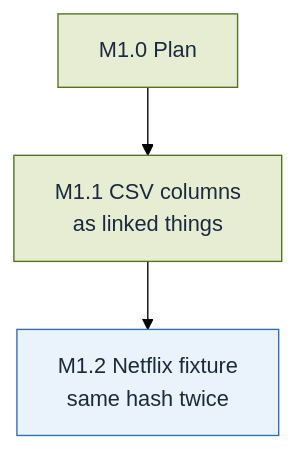
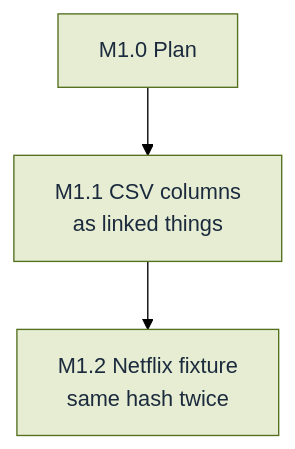
The diagram in plan/M1.md (alcjor/Mosaic), drawn with Mermaid (forest theme) before and after one commit. The commit also changed other lines of this file and 5 other files, not shown here.

````diff
--- a/plan/M1.md
+++ b/plan/M1.md
@@ -3,13 +3,12 @@
 ```mermaid
 flowchart TD
   M1_0["M1.0 Plan"]
   M1_1["M1.1 CSV columns<br/>as linked things"]
   M1_2["M1.2 Netflix fixture<br/>same hash twice"]
   M1_0 --> M1_1
   M1_1 --> M1_2
   classDef done fill:#E6EDD3,stroke:#55701F,color:#1B2A3D
   classDef todo fill:#EAF2FB,stroke:#2F6DB5,color:#1B2A3D
   classDef parked fill:#FCEFCF,stroke:#F2B630,color:#1B2A3D
-  class M1_0,M1_1 done
-  class M1_2 todo
+  class M1_0,M1_1,M1_2 done
 ```
````
